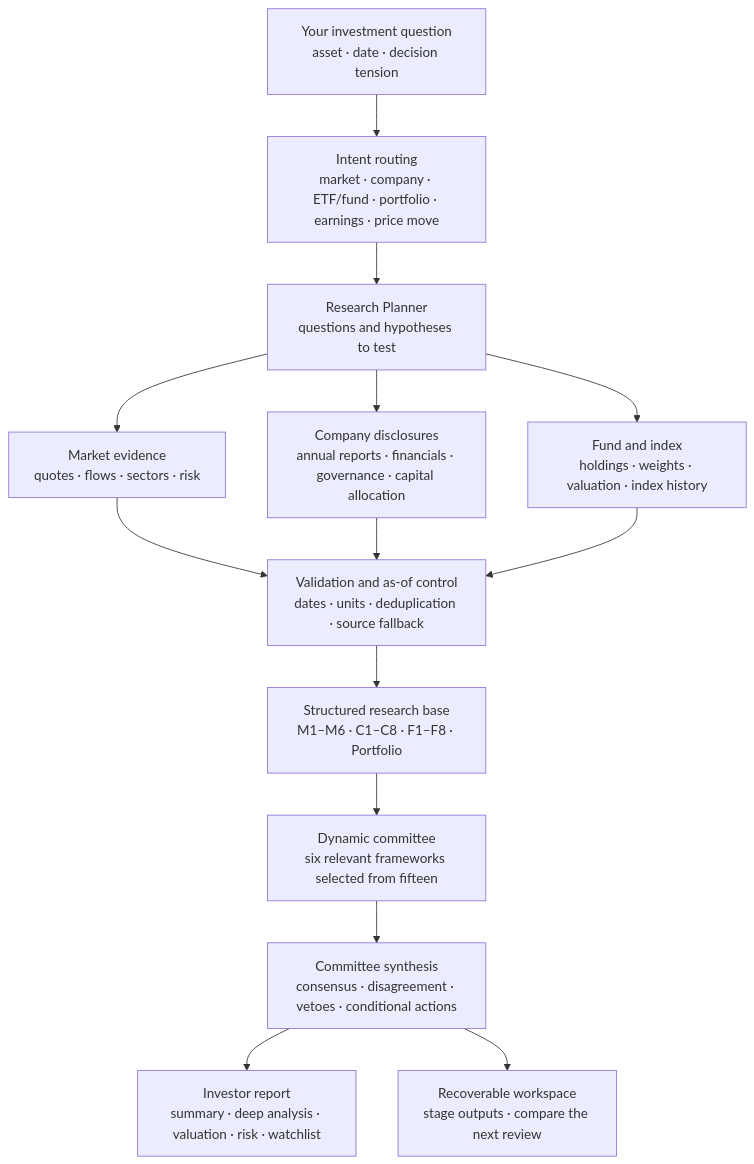
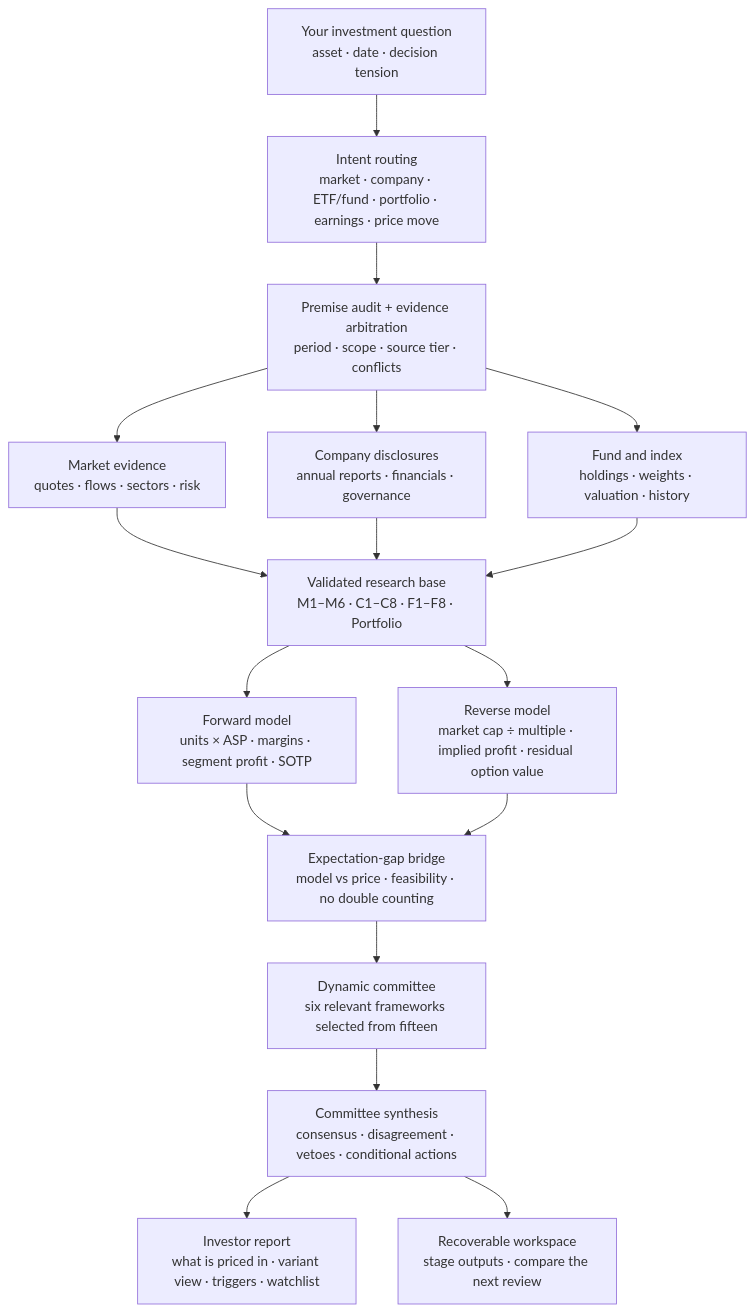
Before and after one commit to AdvancingTitans/stock-analysis: the first of 2 diagrams in README.md, drawn with Mermaid. The commit also changed other lines of this file and 20 other files, not shown here.

Commit message:
feat: add forward-reverse expectation valuation

````diff
--- a/README.md
+++ b/README.md
@@ -127,16 +130,19 @@
 ```mermaid
 flowchart TB
     U["Your investment question\nasset · date · decision tension"] --> I["Intent routing\nmarket · company · ETF/fund · portfolio · earnings · price move"]
-    I --> P["Research Planner\nquestions and hypotheses to test"]
+    I --> P["Premise audit + evidence arbitration\nperiod · scope · source tier · conflicts"]
     P --> C1["Market evidence\nquotes · flows · sectors · risk"]
-    P --> C2["Company disclosures\nannual reports · financials · governance · capital allocation"]
-    P --> C3["Fund and index\nholdings · weights · valuation · index history"]
-    C1 --> V["Validation and as-of control\ndates · units · deduplication · source fallback"]
+    P --> C2["Company disclosures\nannual reports · financials · governance"]
+    P --> C3["Fund and index\nholdings · weights · valuation · history"]
+    C1 --> V["Validated research base\nM1–M6 · C1–C8 · F1–F8 · Portfolio"]
     C2 --> V
     C3 --> V
-    V --> E["Structured research base\nM1–M6 · C1–C8 · F1–F8 · Portfolio"]
-    E --> K["Dynamic committee\nsix relevant frameworks selected from fifteen"]
+    V --> F["Forward model\nunits × ASP · margins · segment profit · SOTP"]
+    V --> B["Reverse model\nmarket cap ÷ multiple · implied profit · residual option value"]
+    F --> G["Expectation-gap bridge\nmodel vs price · feasibility · no double counting"]
+    B --> G
+    G --> K["Dynamic committee\nsix relevant frameworks selected from fifteen"]
     K --> S["Committee synthesis\nconsensus · disagreement · vetoes · conditional actions"]
-    S --> R["Investor report\nsummary · deep analysis · valuation · risk · watchlist"]
+    S --> R["Investor report\nwhat is priced in · variant view · triggers · watchlist"]
     S --> W["Recoverable workspace\nstage outputs · compare the next review"]
 ```
````
